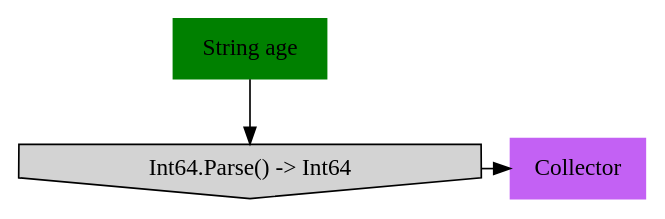
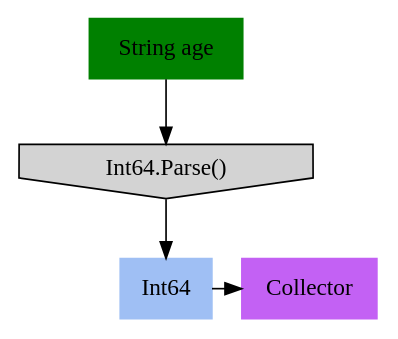
The diagram in Pipelines.Test/PipelineTests.BasicPipelineTest.approved.dot (refactoring-pipelines/Pipelines), drawn with Graphviz before and after one commit. The commit also changed 6 other files, not shown here.

```diff
--- a/Pipelines.Test/PipelineTests.BasicPipelineTest.approved.dot
+++ b/Pipelines.Test/PipelineTests.BasicPipelineTest.approved.dot
@@ -1,13 +1,18 @@
 digraph G { node [style=filled, shape=rec]
 
+"String age"
+"String age"
 "String age" [color=green]
-"Int64.Parse() -> Int64" [shape=invhouse]
+"String age" -> "Int64.Parse()"
+"Int64.Parse()"
+"Int64"
+"Int64.Parse()" -> "Int64"
+"Int64.Parse()" [shape=invhouse]
+"Int64" [color="#9fbff4"]
+{ rank=same; "Int64", "Collector0"}
+"Int64" -> "Collector0"
+"Collector0"
+"Collector0"
 "Collector0" [label=Collector, color="#c361f4"]
 
-"Int64.Parse() -> Int64" -> "Collector0"
-{ rank=same; "Int64.Parse() -> Int64", "Collector0"}
-
-"String age" -> "Int64.Parse() -> Int64"
-
-
 }
```
